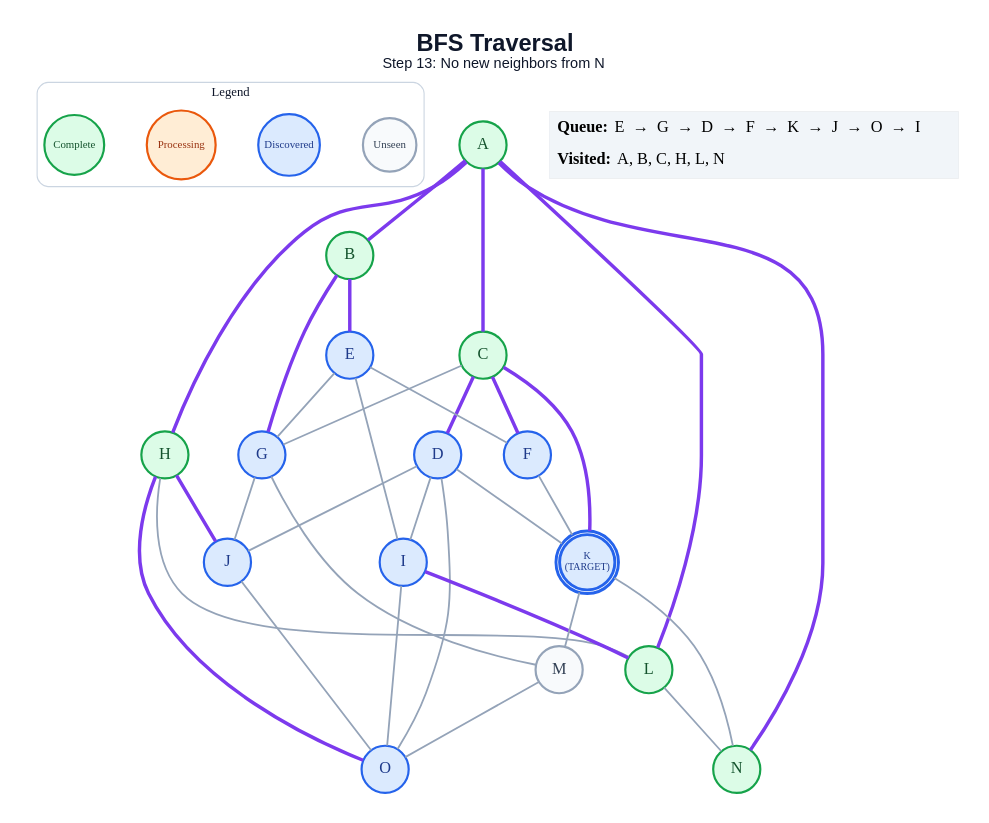
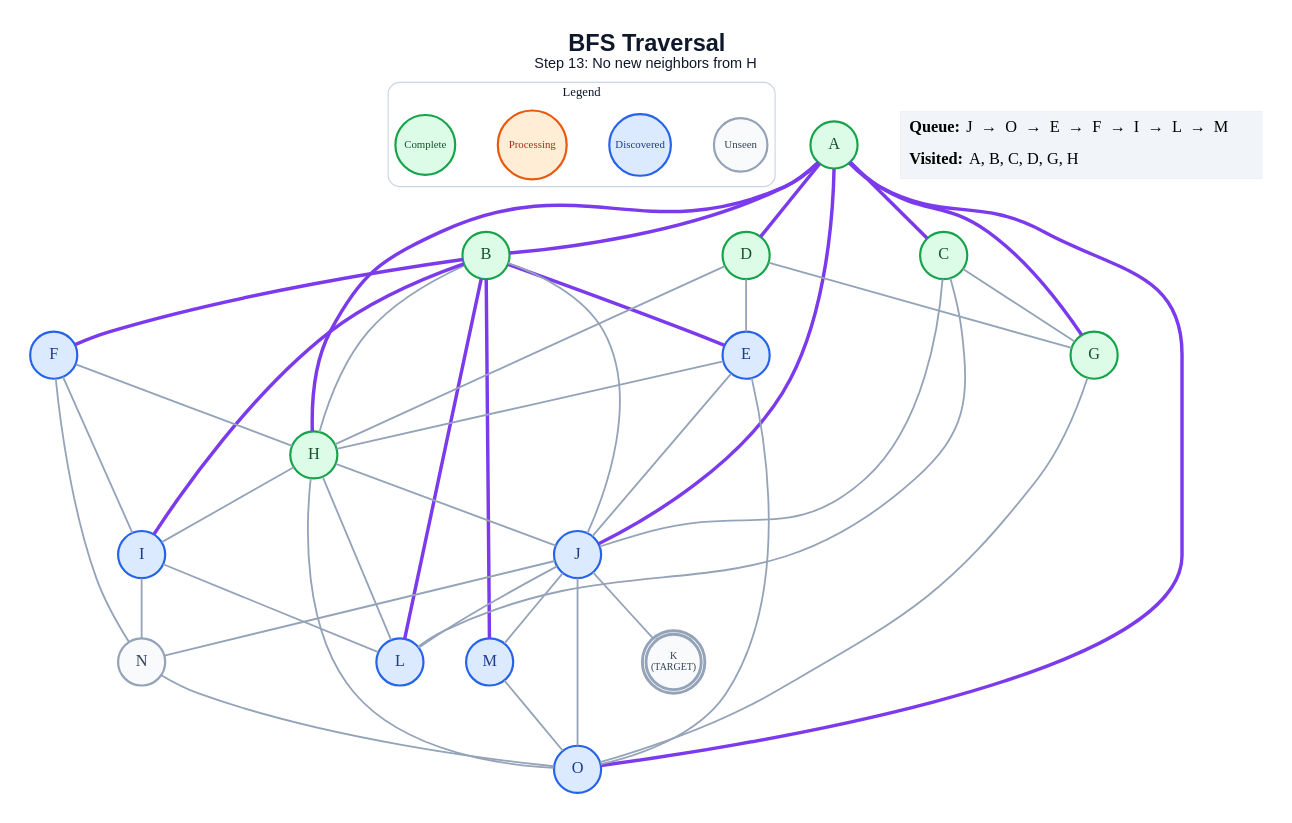
The diagram in generated/specific-node/bfs/step_13.dot (anon7238593-create/ai-slop), drawn with Graphviz before and after one commit. The commit also changed 336 other files, not shown here.

```diff
--- a/generated/specific-node/bfs/step_13.dot
+++ b/generated/specific-node/bfs/step_13.dot
@@ -1,65 +1,74 @@
 graph traversal {
   graph [layout=dot, rankdir=TB, bgcolor="#FFFFFF", pad="0.35", nodesep="0.65", ranksep="0.8", fontname="Arial"];
   node [shape=circle, style="filled", fontname="Arial Bold", fontsize=18, width=0.72, fixedsize=true, penwidth=2.4];
   edge [color="#94A3B8", penwidth=2.0];
-  label=<<B>BFS Traversal</B><BR/><FONT POINT-SIZE="16">Step 13: No new neighbors from N</FONT>>; labelloc="t"; fontsize=26; fontname="Arial"; fontcolor="#0F172A";
+  label=<<B>BFS Traversal</B><BR/><FONT POINT-SIZE="16">Step 13: No new neighbors from H</FONT>>; labelloc="t"; fontsize=26; fontname="Arial"; fontcolor="#0F172A";
   subgraph cluster_legend { label="Legend"; color="#CBD5E1"; penwidth=1.2; style="rounded"; fontsize=14; fontname="Arial Bold";
     key_unseen [label="Unseen", fillcolor="#F8FAFC", color="#94A3B8", fontcolor="#334155", fontsize=12, width=0.82];
     key_frontier [label="Discovered", fillcolor="#DBEAFE", color="#2563EB", fontcolor="#1E3A8A", fontsize=12, width=0.95];
     key_current [label="Processing", fillcolor="#FFEDD5", color="#EA580C", fontcolor="#9A3412", fontsize=12, width=1.05];
     key_done [label="Complete", fillcolor="#DCFCE7", color="#16A34A", fontcolor="#14532D", fontsize=12, width=0.92];
     { rank=same; key_unseen; key_frontier; key_current; key_done; }
   }
   A [label="A", fillcolor="#DCFCE7", color="#16A34A", fontcolor="#14532D", peripheries=1, penwidth=2.4];
   B [label="B", fillcolor="#DCFCE7", color="#16A34A", fontcolor="#14532D", peripheries=1, penwidth=2.4];
   C [label="C", fillcolor="#DCFCE7", color="#16A34A", fontcolor="#14532D", peripheries=1, penwidth=2.4];
-  D [label="D", fillcolor="#DBEAFE", color="#2563EB", fontcolor="#1E3A8A", peripheries=1, penwidth=2.4];
+  D [label="D", fillcolor="#DCFCE7", color="#16A34A", fontcolor="#14532D", peripheries=1, penwidth=2.4];
   E [label="E", fillcolor="#DBEAFE", color="#2563EB", fontcolor="#1E3A8A", peripheries=1, penwidth=2.4];
   F [label="F", fillcolor="#DBEAFE", color="#2563EB", fontcolor="#1E3A8A", peripheries=1, penwidth=2.4];
-  G [label="G", fillcolor="#DBEAFE", color="#2563EB", fontcolor="#1E3A8A", peripheries=1, penwidth=2.4];
+  G [label="G", fillcolor="#DCFCE7", color="#16A34A", fontcolor="#14532D", peripheries=1, penwidth=2.4];
   H [label="H", fillcolor="#DCFCE7", color="#16A34A", fontcolor="#14532D", peripheries=1, penwidth=2.4];
   I [label="I", fillcolor="#DBEAFE", color="#2563EB", fontcolor="#1E3A8A", peripheries=1, penwidth=2.4];
   J [label="J", fillcolor="#DBEAFE", color="#2563EB", fontcolor="#1E3A8A", peripheries=1, penwidth=2.4];
-  K [label="K\n(TARGET)", fillcolor="#DBEAFE", color="#2563EB", fontcolor="#1E3A8A", peripheries=2, penwidth=3.2, fontsize=11, width=0.85, height=0.85];
-  L [label="L", fillcolor="#DCFCE7", color="#16A34A", fontcolor="#14532D", peripheries=1, penwidth=2.4];
-  M [label="M", fillcolor="#F8FAFC", color="#94A3B8", fontcolor="#334155", peripheries=1, penwidth=2.4];
-  N [label="N", fillcolor="#DCFCE7", color="#16A34A", fontcolor="#14532D", peripheries=1, penwidth=2.4];
+  K [label="K\n(TARGET)", fillcolor="#F8FAFC", color="#94A3B8", fontcolor="#334155", peripheries=2, penwidth=3.2, fontsize=11, width=0.85, height=0.85];
+  L [label="L", fillcolor="#DBEAFE", color="#2563EB", fontcolor="#1E3A8A", peripheries=1, penwidth=2.4];
+  M [label="M", fillcolor="#DBEAFE", color="#2563EB", fontcolor="#1E3A8A", peripheries=1, penwidth=2.4];
+  N [label="N", fillcolor="#F8FAFC", color="#94A3B8", fontcolor="#334155", peripheries=1, penwidth=2.4];
   O [label="O", fillcolor="#DBEAFE", color="#2563EB", fontcolor="#1E3A8A", peripheries=1, penwidth=2.4];
   A -- B [color="#7C3AED", penwidth=3.8];
   A -- C [color="#7C3AED", penwidth=3.8];
+  A -- D [color="#7C3AED", penwidth=3.8];
+  A -- G [color="#7C3AED", penwidth=3.8];
   A -- H [color="#7C3AED", penwidth=3.8];
-  A -- L [color="#7C3AED", penwidth=3.8];
-  A -- N [color="#7C3AED", penwidth=3.8];
+  A -- J [color="#7C3AED", penwidth=3.8];
+  A -- O [color="#7C3AED", penwidth=3.8];
   B -- E [color="#7C3AED", penwidth=3.8];
-  B -- G [color="#7C3AED", penwidth=3.8];
-  C -- D [color="#7C3AED", penwidth=3.8];
-  C -- F [color="#7C3AED", penwidth=3.8];
+  B -- F [color="#7C3AED", penwidth=3.8];
+  B -- H;
+  B -- I [color="#7C3AED", penwidth=3.8];
+  B -- J;
+  B -- L [color="#7C3AED", penwidth=3.8];
+  B -- M [color="#7C3AED", penwidth=3.8];
   C -- G;
-  C -- K [color="#7C3AED", penwidth=3.8];
-  D -- I;
-  D -- J;
-  D -- K;
-  D -- O;
-  E -- F;
-  E -- G;
-  E -- I;
-  F -- K;
-  G -- J;
-  G -- M;
-  H -- J [color="#7C3AED", penwidth=3.8];
+  C -- J;
+  C -- L;
+  D -- E;
+  D -- G;
+  D -- H;
+  E -- H;
+  E -- J;
+  E -- O;
+  F -- H;
+  F -- I;
+  F -- N;
+  G -- O;
+  H -- I;
+  H -- J;
   H -- L;
-  H -- O [color="#7C3AED", penwidth=3.8];
-  I -- L [color="#7C3AED", penwidth=3.8];
-  I -- O;
+  H -- O;
+  I -- L;
+  I -- N;
+  J -- K;
+  J -- L;
+  J -- M;
+  J -- N;
   J -- O;
-  K -- M;
-  K -- N;
-  L -- N;
   M -- O;
+  N -- O;
   status [shape=plain, fixedsize=false, width=0, height=0, margin=0, label=<
     <TABLE BORDER="0" CELLBORDER="0" CELLPADDING="7" BGCOLOR="#F1F5F9">
-      <TR><TD ALIGN="LEFT"><B>Queue:</B> E  →  G  →  D  →  F  →  K  →  J  →  O  →  I</TD></TR>
-      <TR><TD ALIGN="LEFT"><B>Visited:</B> A, B, C, H, L, N</TD></TR>
+      <TR><TD ALIGN="LEFT"><B>Queue:</B> J  →  O  →  E  →  F  →  I  →  L  →  M</TD></TR>
+      <TR><TD ALIGN="LEFT"><B>Visited:</B> A, B, C, D, G, H</TD></TR>
     </TABLE>
   >];
 }
```
